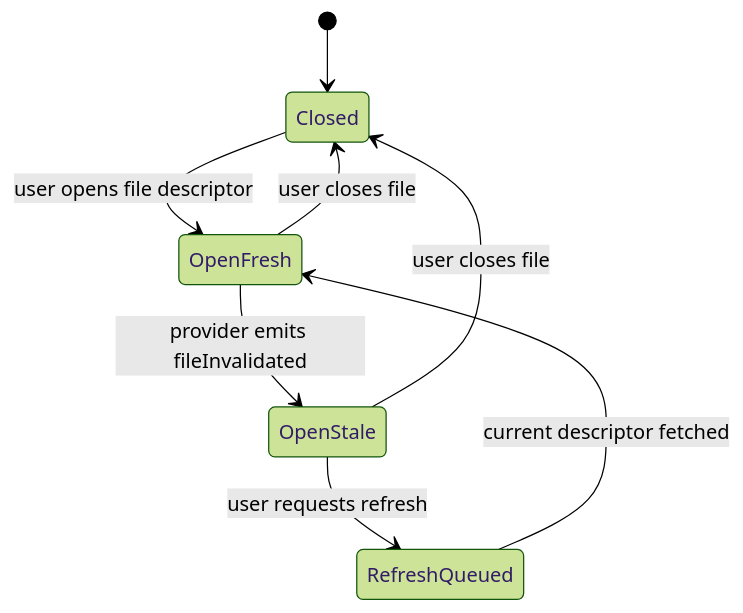
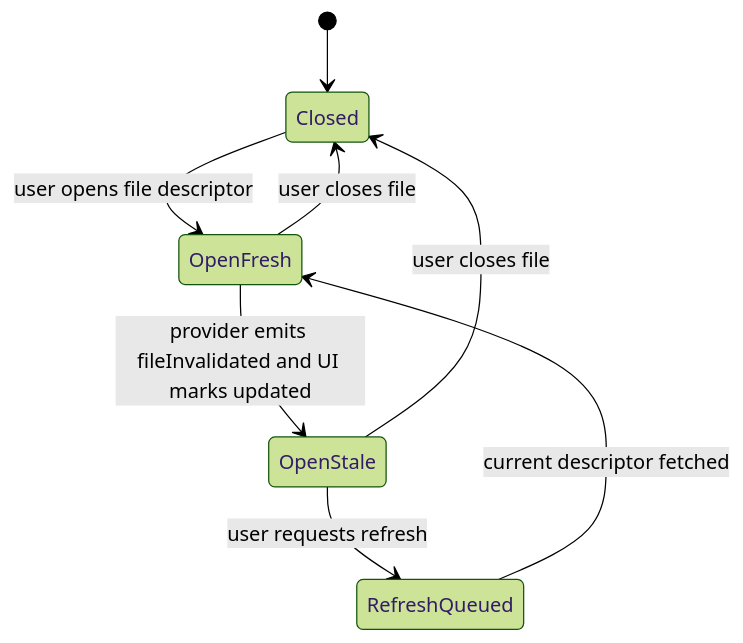
The first of 2 diagrams in tmp/spec-workflows/2026-06-22-bridge-transport-streaming-spec/worktree-file-surface-protocol.md (ShravanSunder/agentstudio), drawn with Mermaid (forest theme) before and after one commit. The commit also changed other lines of this file and 9 other files, not shown here.

````diff
--- a/tmp/spec-workflows/2026-06-22-bridge-transport-streaming-spec/worktree-file-surface-protocol.md
+++ b/tmp/spec-workflows/2026-06-22-bridge-transport-streaming-spec/worktree-file-surface-protocol.md
@@ -95,10 +101,10 @@
 ```mermaid
 stateDiagram-v2
   [*] --> Closed
   Closed --> OpenFresh: user opens file descriptor
-  OpenFresh --> OpenStale: provider emits fileInvalidated
+  OpenFresh --> OpenStale: provider emits fileInvalidated and UI marks updated
   OpenStale --> RefreshQueued: user requests refresh
   RefreshQueued --> OpenFresh: current descriptor fetched
   OpenStale --> Closed: user closes file
   OpenFresh --> Closed: user closes file
 ```
````
